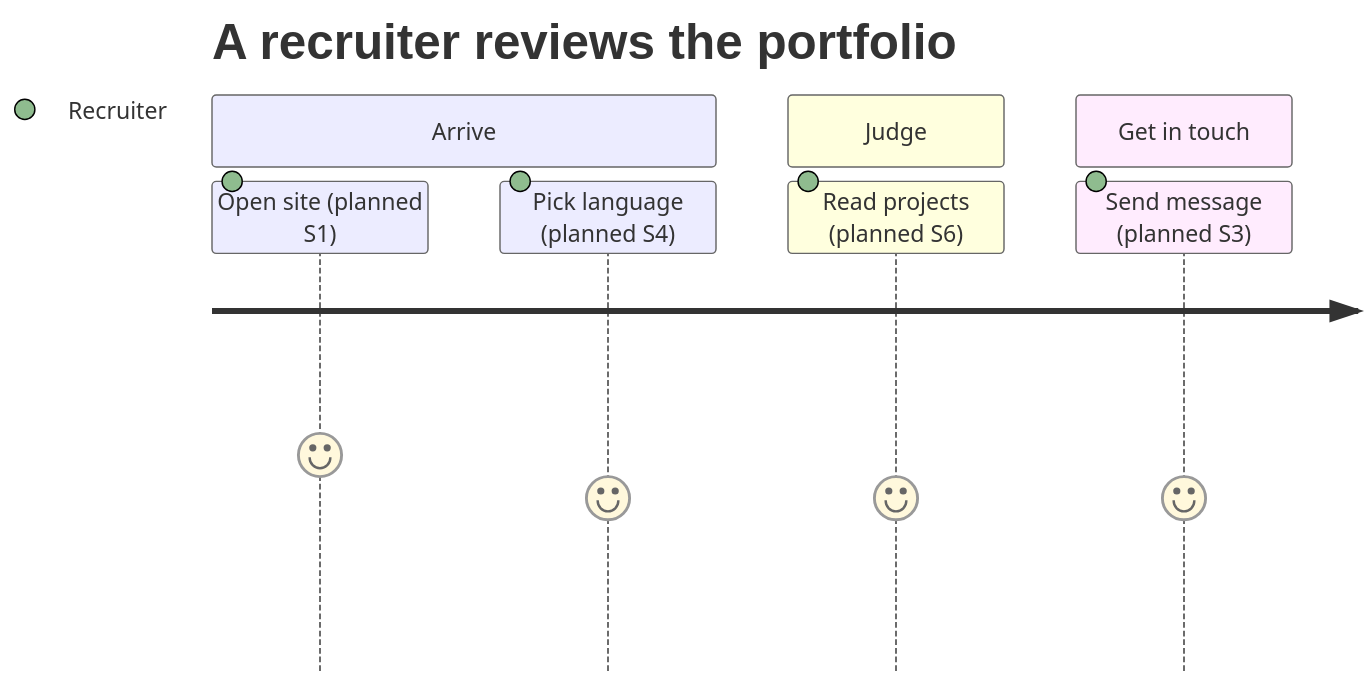
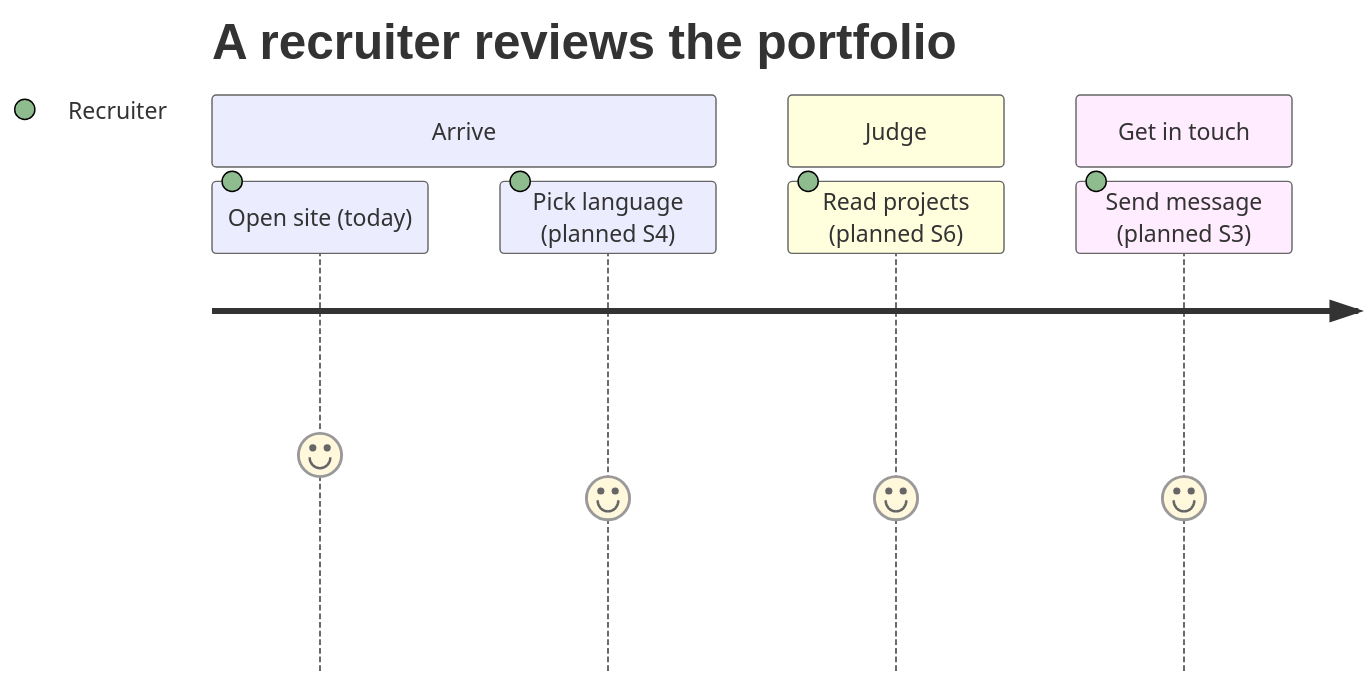
The first of 4 diagrams in docs/USER_JOURNEY.md (ycmcuenca/ycmcuenca-core), drawn with Mermaid before and after one commit. The commit also changed other lines of this file and 3 other files, not shown here.

````diff
--- a/docs/USER_JOURNEY.md
+++ b/docs/USER_JOURNEY.md
@@ -29,11 +29,11 @@
 ```mermaid
 journey
     title A recruiter reviews the portfolio
     section Arrive
-      Open site (planned S1): 5: Recruiter
+      Open site (today): 5: Recruiter
       Pick language (planned S4): 4: Recruiter
     section Judge
       Read projects (planned S6): 4: Recruiter
     section Get in touch
       Send message (planned S3): 4: Recruiter
 ```
````
